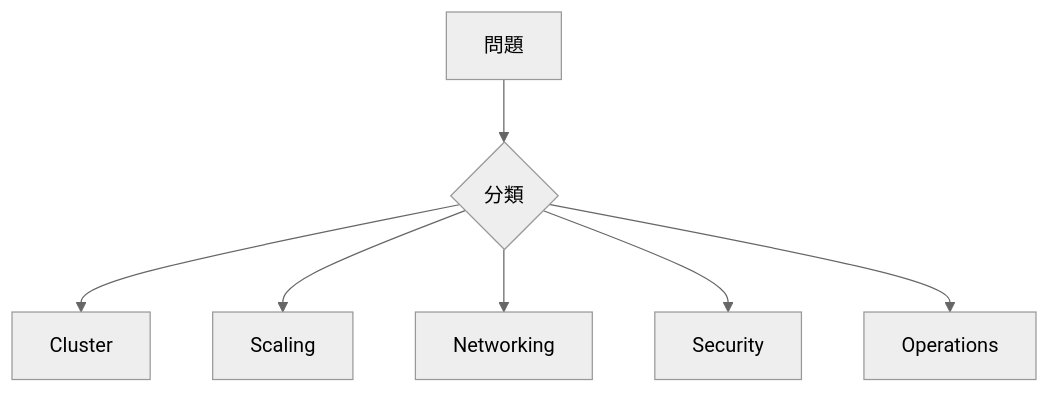
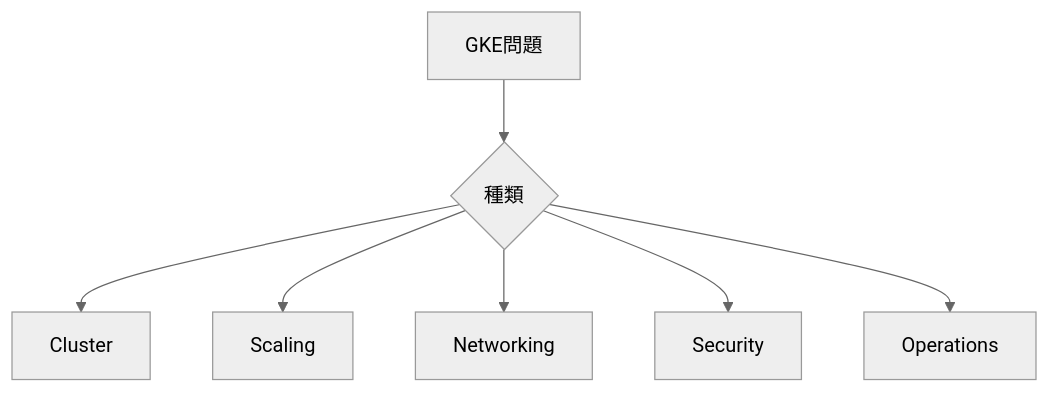
Before and after one commit to conti0513/development_public: the seventh of 8 diagrams in 06_LAB/01_GCP_ACE_HACK/sessions_ver262/04_gke.md, drawn with Mermaid (neutral theme). The commit also changed other lines of this file and 22 other files, not shown here.

````diff
--- a/06_LAB/01_GCP_ACE_HACK/sessions_ver262/04_gke.md
+++ b/06_LAB/01_GCP_ACE_HACK/sessions_ver262/04_gke.md
@@ -823,10 +562,10 @@
 ```mermaid
 flowchart TD
-Q[問題] --> A{分類}
+A[GKE問題] --> B{種類}
 
-A --> Cluster
-A --> Scaling
-A --> Networking
-A --> Security
-A --> Operations
+B --> Cluster
+B --> Scaling
+B --> Networking
+B --> Security
+B --> Operations
 ```
````
